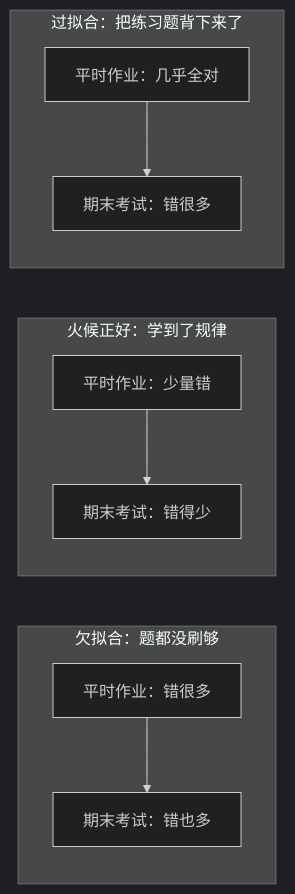
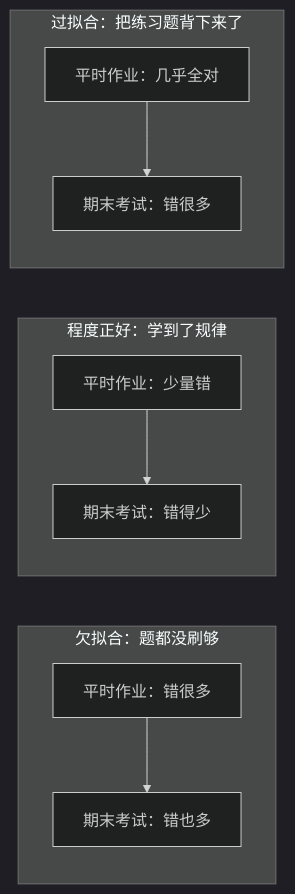
One commit to xxxAndlk/AI_Agent_Learning_path changed the second of 2 diagrams in 02.AI底层基础/第02课_机器学习基础/第02课.md. Above: the diagram before and after it, drawn with Mermaid (dark theme). The commit also changed other lines of this file and 4 other files, not shown here.

````diff
--- a/02.AI底层基础/第02课_机器学习基础/第02课.md
+++ b/02.AI底层基础/第02课_机器学习基础/第02课.md
@@ -68,12 +68,12 @@
 ```mermaid
 flowchart LR
     subgraph U["欠拟合：题都没刷够"]
         U1["平时作业：错很多"] --> U2["期末考试：错也多"]
     end
-    subgraph J["火候正好：学到了规律"]
+    subgraph J["程度正好：学到了规律"]
         J1["平时作业：少量错"] --> J2["期末考试：错得少"]
     end
     subgraph O["过拟合：把练习题背下来了"]
         O1["平时作业：几乎全对"] --> O2["期末考试：错很多"]
     end
 ```
````
